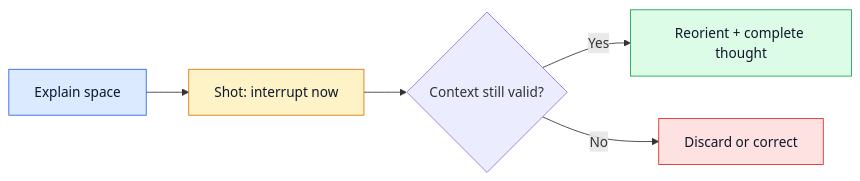
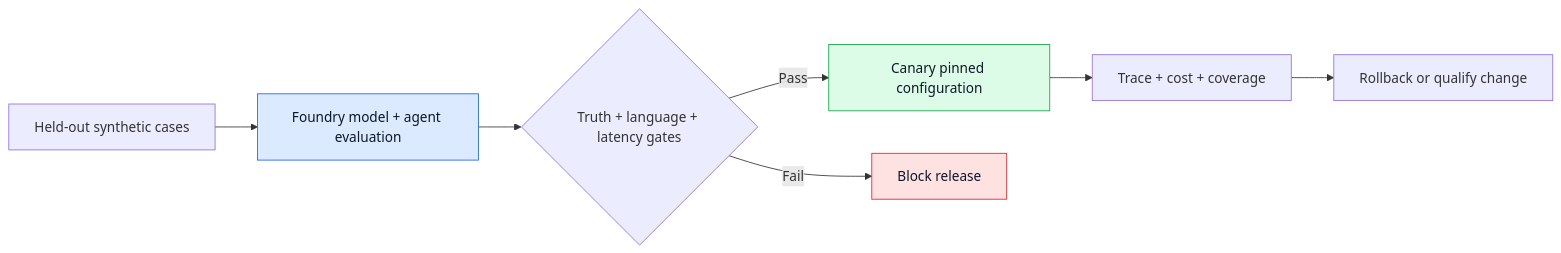
The third of 3 diagrams in research/ideas/README.md (taka6745/insidethegame), drawn with Mermaid before and after one commit. The commit also changed other lines of this file and 2 other files, not shown here.

Commit message:
Explore distinct fan experiences and graph challenged scores

````diff
--- a/research/ideas/README.md
+++ b/research/ideas/README.md
@@ -78,11 +244,12 @@
 ```mermaid
 flowchart LR
-  E[Explain space] --> S[Shot: interrupt now]
-  S --> C{Context still valid?}
-  C -->|Yes| R[Reorient + complete thought]
-  C -->|No| X[Discard or correct]
-  style E fill:#dbeafe,stroke:#2563eb,color:#0f172a
-  style S fill:#fef3c7,stroke:#d97706,color:#0f172a
-  style R fill:#dcfce7,stroke:#16a34a,color:#0f172a
-  style X fill:#fee2e2,stroke:#dc2626,color:#0f172a
+  D[Held-out synthetic cases] --> F[Foundry model + agent evaluation]
+  F --> G{Truth + language + latency gates}
+  G -->|Pass| C[Canary pinned configuration]
+  G -->|Fail| B[Block release]
+  C --> M[Trace + cost + coverage]
+  M --> R[Rollback or qualify change]
+  style F fill:#dbeafe,stroke:#2563eb,color:#0f172a
+  style C fill:#dcfce7,stroke:#16a34a,color:#0f172a
+  style B fill:#fee2e2,stroke:#dc2626,color:#0f172a
 ```
````
